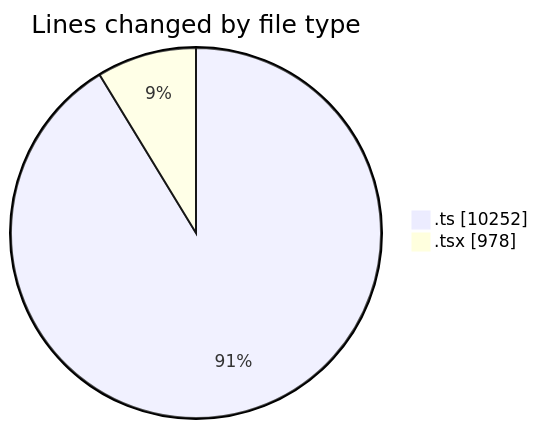
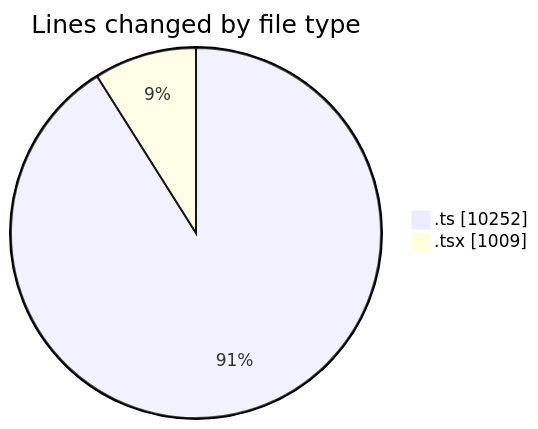
One commit to momahboobian/code-tracking changed the first of 2 diagrams in 2025-06-23/cda/README.md. Above: the diagram before and after it, drawn with Mermaid. The commit also changed other lines of this file and 1 other file, not shown here.

````diff
--- a/2025-06-23/cda/README.md
+++ b/2025-06-23/cda/README.md
@@ -26,6 +26,6 @@
 ```mermaid
 pie showData
 title Lines changed by file type
 ".ts" : 10252
-".tsx" : 978
+".tsx" : 1009
 ```
````
